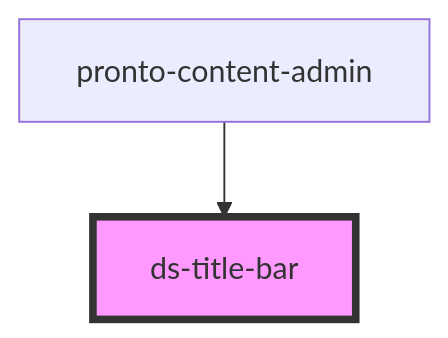
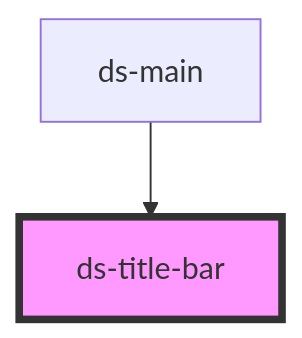
Before and after one commit to jezoock/dot-stash: the diagram in components/core/title-bar/readme.md, drawn with Mermaid. The commit also changed other lines of this file and 33 other files, not shown here.

````diff
--- a/components/core/title-bar/readme.md
+++ b/components/core/title-bar/readme.md
@@ -23,5 +23,5 @@
 ```mermaid
 graph TD;
-  pronto-content-admin --> ds-title-bar
+  ds-main --> ds-title-bar
   style ds-title-bar fill:#f9f,stroke:#333,stroke-width:4px
 ```
````
